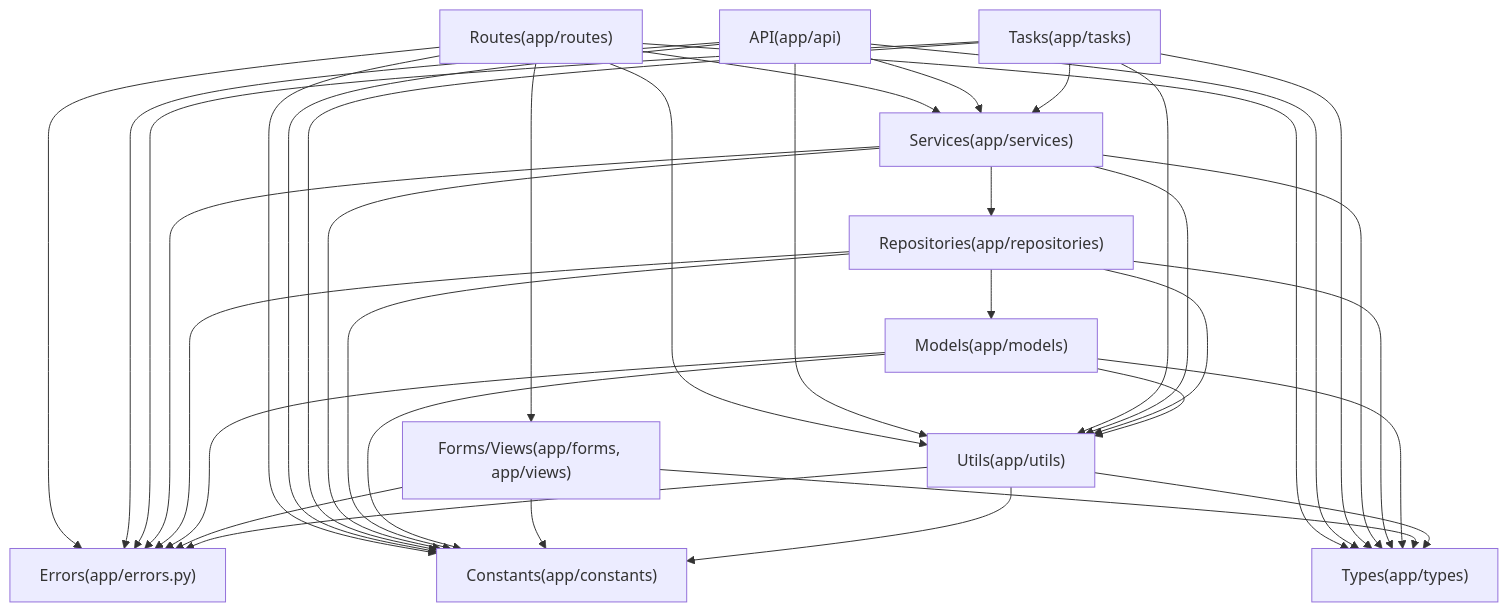
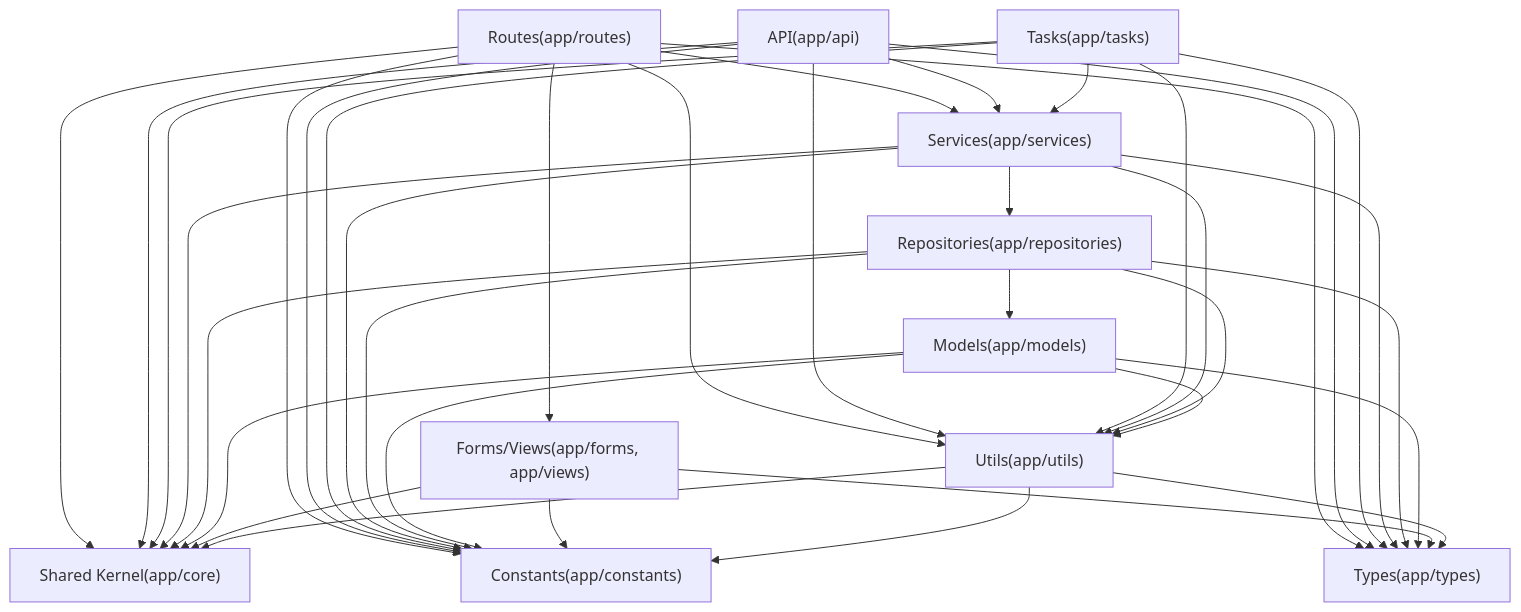
The diagram in docs/Obsidian/standards/backend/layer/README.md (nyealovey/WhaleFall), drawn with Mermaid before and after one commit. The commit also changed other lines of this file and 80 other files, not shown here.

````diff
--- a/docs/Obsidian/standards/backend/layer/README.md
+++ b/docs/Obsidian/standards/backend/layer/README.md
@@ -25,24 +25,24 @@
 ```mermaid
 graph TD
   Routes["Routes(app/routes)"]
   API["API(app/api)"]
   Tasks["Tasks(app/tasks)"]
   Services["Services(app/services)"]
   Repositories["Repositories(app/repositories)"]
   Models["Models(app/models)"]
   FormsViews["Forms/Views(app/forms, app/views)"]
   Utils["Utils(app/utils)"]
-  Errors["Errors(app/errors.py)"]
+  SharedKernel["Shared Kernel(app/core)"]
   Constants["Constants(app/constants)"]
   Types["Types(app/types)"]
 
   Routes --> Services & FormsViews & Utils
   API --> Services & Utils
   Tasks --> Services & Utils
   Services --> Repositories & Utils
   Repositories --> Models & Utils
   Models --> Utils
-  Routes & API & Tasks & Services & Repositories & Models & FormsViews & Utils --> Errors
+  Routes & API & Tasks & Services & Repositories & Models & FormsViews & Utils --> SharedKernel
   Routes & API & Tasks & Services & Repositories & Models & FormsViews & Utils --> Constants
   Routes & API & Tasks & Services & Repositories & Models & FormsViews & Utils --> Types
 ```
````
